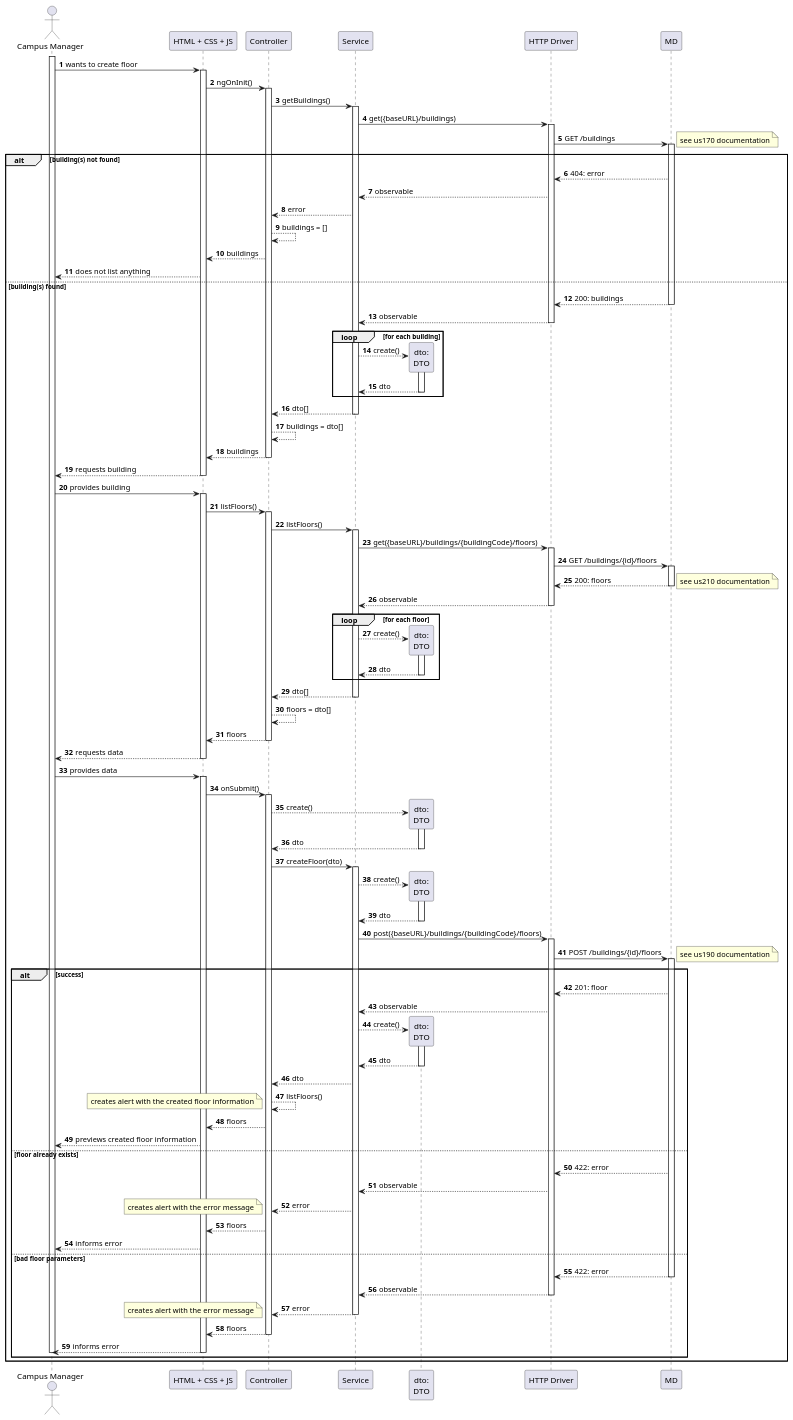
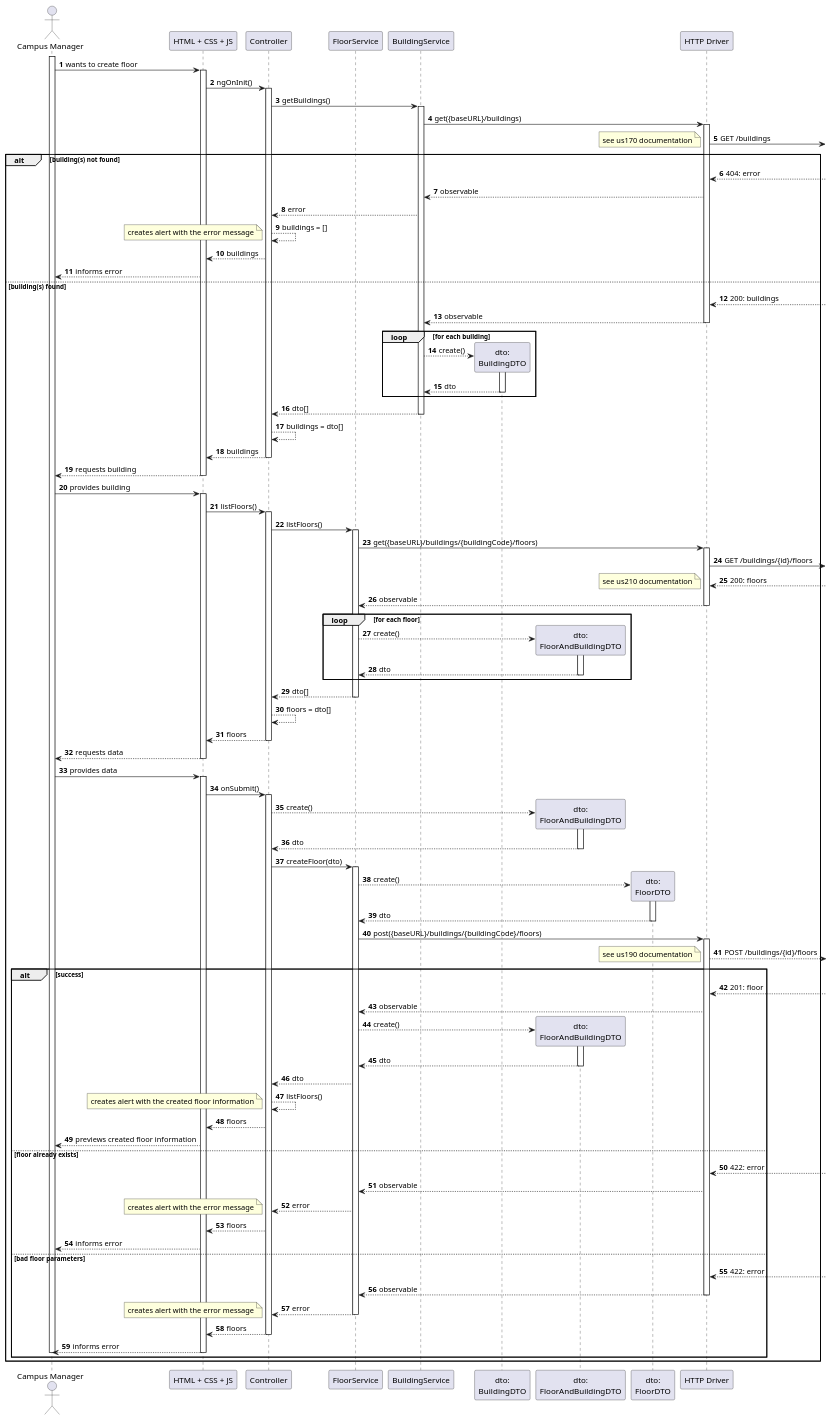
One commit to Departamento-de-Engenharia-Informatica/lapr5-23-24-g19 changed the diagram in docs/us1090/level3/process-view.puml. Above: the diagram before and after it, drawn with PlantUML. The commit also changed 5 other files, not shown here.

```diff
--- a/docs/us1090/level3/process-view.puml
+++ b/docs/us1090/level3/process-view.puml
@@ -1,150 +1,147 @@
 @startuml
 autonumber
 
 actor "Campus Manager" as usr
 
 participant "HTML + CSS + JS" as view
 participant "Controller" as ctrl
-participant "Service" as svc
-participant "dto:\nDTO" as dto
+participant "FloorService" as svc
+participant "BuildingService" as b_svc
+participant "dto:\nBuildingDTO" as dto
+participant "dto:\nFloorAndBuildingDTO" as fb_dto
+participant "dto:\nFloorDTO" as f_dto
 
 participant "HTTP Driver" as http
-
-participant "MD" as md
 
 activate usr
 usr -> view : wants to create floor
     activate view
         view -> ctrl : ngOnInit()
         activate ctrl
-            ctrl -> svc : getBuildings()
-            activate svc
-                svc -> http : get({baseURL}/buildings)
+            ctrl -> b_svc : getBuildings()
+            activate b_svc
+                b_svc -> http : get({baseURL}/buildings)
                 activate http
-                    http -> md : GET /buildings
+                    http ->] : GET /buildings
         alt building(s) not found
-            activate md
                 note right : see us170 documentation
-                md --> http : 404: error
-                http --> svc : observable
-                svc --> ctrl : error
+                http <--] : 404: error
+                http --> b_svc : observable
+                b_svc --> ctrl : error
                 ctrl --> ctrl : buildings = []
+                note bottom : creates alert with the error message
                 ctrl --> view : buildings
-                view --> usr : does not list anything
+                view --> usr : informs error
         else building(s) found
-                md --> http : 200: buildings
-            deactivate md
-            http --> svc : observable
+                http <--] : 200: buildings
+            http --> b_svc : observable
             deactivate http
 
             loop for each building
-                svc --> dto** : create()
+                b_svc --> dto** : create()
                 activate dto
-                    dto --> svc : dto
+                    dto --> b_svc : dto
                 deactivate dto
             end
 
-            svc --> ctrl : dto[]
-            deactivate svc
+            b_svc --> ctrl : dto[]
+            deactivate b_svc
 
             ctrl --> ctrl : buildings = dto[]
             ctrl --> view : buildings
             deactivate ctrl
 
             view --> usr : requests building
         deactivate view
 
         usr -> view : provides building
         activate view
             view -> ctrl : listFloors()
             activate ctrl
                 ctrl -> svc : listFloors()
                 activate svc
                     svc -> http : get({baseURL}/buildings/{buildingCode}/floors)
                     activate http
-                        http -> md : GET /buildings/{id}/floors
-            activate md
-                md --> http : 200: floors
+                        http ->]  : GET /buildings/{id}/floors
+                http <--] : 200: floors
                 note right : see us210 documentation
-                deactivate md
                     http --> svc : observable
                     deactivate http
 
                     loop for each floor
-                        svc --> dto** : create()
-                        activate dto
-                            dto --> svc : dto
-                        deactivate dto
+                        svc --> fb_dto** : create()
+                        activate fb_dto
+                            fb_dto --> svc : dto
+                        deactivate fb_dto
                     end
 
                     svc --> ctrl : dto[]
                 deactivate svc
 
                 ctrl --> ctrl : floors = dto[]
                 ctrl --> view : floors
             deactivate ctrl
             view --> usr : requests data
         deactivate view
 
         usr -> view : provides data
         activate view
             view -> ctrl : onSubmit()
             activate ctrl
-                ctrl --> dto** : create()
-                activate dto
-                    dto --> ctrl : dto
-                deactivate dto
+                ctrl --> fb_dto** : create()
+                activate fb_dto
+                    fb_dto --> ctrl : dto
+                deactivate fb_dto
 
                 ctrl -> svc : createFloor(dto)
                 activate svc
-                    svc --> dto** : create()
-                    activate dto
-                        dto --> svc : dto
-                    deactivate dto
+                    svc --> f_dto** : create()
+                    activate f_dto
+                        f_dto --> svc : dto
+                    deactivate f_dto
 
                     svc -> http : post({baseURL}/buildings/{buildingCode}/floors)
                     activate http
-                        http -> md : POST /buildings/{id}/floors
-            activate md
+                        http -->] : POST /buildings/{id}/floors
                 note right : see us190 documentation
                 alt success
-                    md --> http : 201: floor
+                    http <--] : 201: floor
 
                     http --> svc : observable
 
-                    svc --> dto** : create()
-                    activate dto
-                        dto --> svc : dto
-                    deactivate dto
+                    svc --> fb_dto** : create()
+                    activate fb_dto
+                        fb_dto --> svc : dto
+                    deactivate fb_dto
 
                     svc --> ctrl : dto
 
                 ctrl --> ctrl : listFloors()
                 note bottom : creates alert with the created floor information
                 ctrl --> view : floors
                 view --> usr : previews created floor information
 
                 else floor already exists
-                    md --> http : 422: error
+                    http <--] : 422: error
                     http --> svc : observable
-                    svc --> ctrl : error
+                    svc --> ctrl : error    
                     note bottom : creates alert with the error message
                     ctrl --> view : floors
                     view --> usr : informs error
                 else bad floor parameters
-                    md --> http : 422: error
-                    deactivate md
+                    http <--] : 422: error
+
                     http --> svc : observable
                     deactivate http
                     svc --> ctrl : error
                     note bottom : creates alert with the error message
                     deactivate svc
                     ctrl --> view : floors
                     deactivate ctrl
                     view --> usr : informs error
                     deactivate view
 
                     deactivate usr
                 end
             end
 @enduml
```
